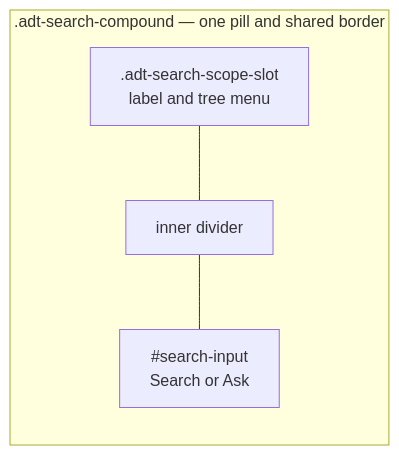
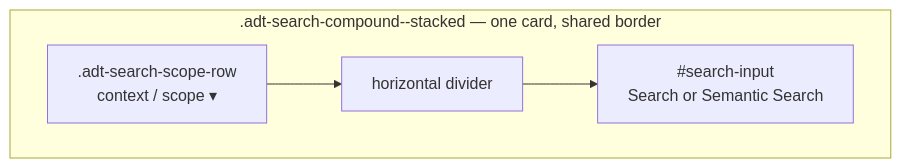
The diagram in diagrams/search-compound-layout.mmd (antora-supplemental/antora-search-chat), drawn with Mermaid before and after one commit. The commit also changed 4 other files, not shown here.

First line of the commit message:
Stack scope selector above search input for floating dock.

```diff
--- a/diagrams/search-compound-layout.mmd
+++ b/diagrams/search-compound-layout.mmd
@@ -1,7 +1,7 @@
-flowchart LR
-  subgraph compound[".adt-search-compound — one pill and shared border"]
-    scope[".adt-search-scope-slot<br/>label and tree menu"]
-    rule["inner divider"]
-    input["#search-input<br/>Search or Ask"]
+flowchart TB
+  subgraph compound[".adt-search-compound--stacked — one card, shared border"]
+    scope[".adt-search-scope-row<br/>context / scope ▾"]
+    rule["horizontal divider"]
+    input["#search-input<br/>Search or Semantic Search"]
   end
-  scope --- rule --- input
+  scope --> rule --> input
```
